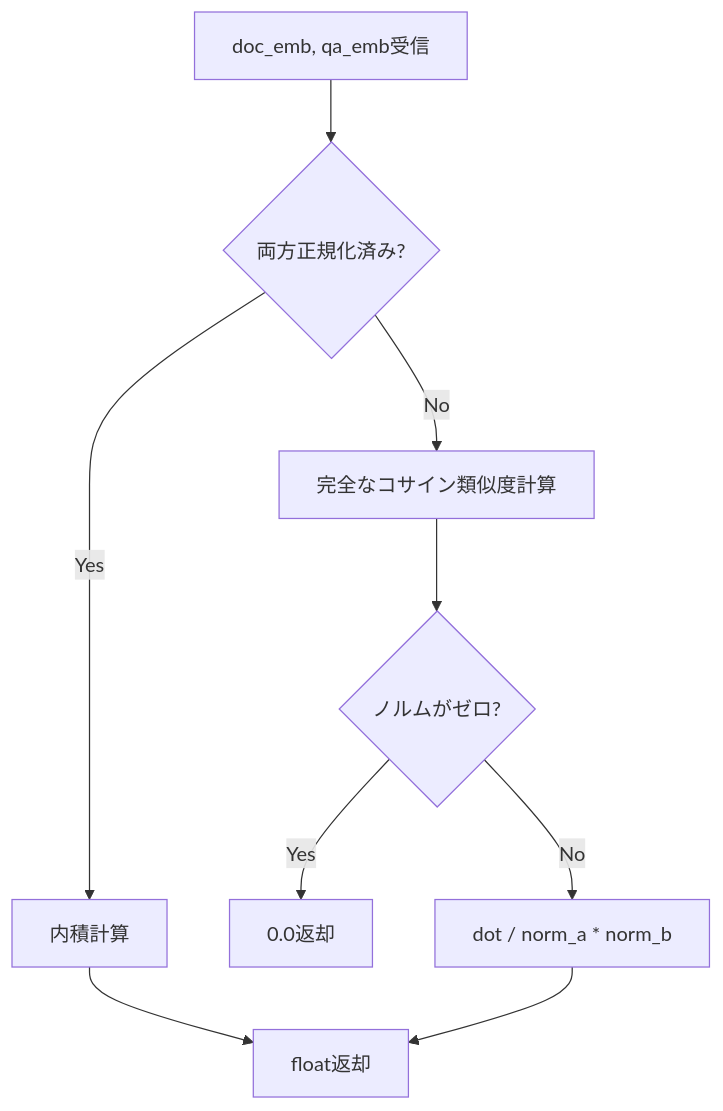
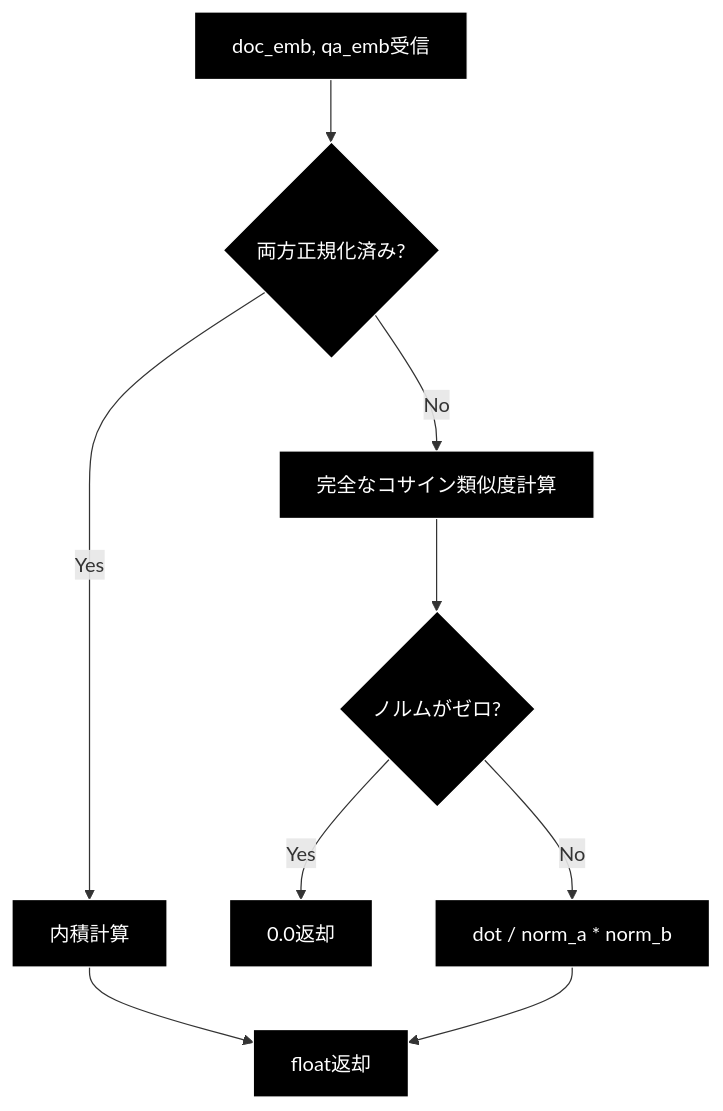
The eighth of 9 diagrams in qa_generation/doc/semantic.md (nakashima2toshio/ollama_grace_agent_v2), drawn with Mermaid before and after one commit. The commit also changed other lines of this file and 7 other files, not shown here.

````diff
--- a/qa_generation/doc/semantic.md
+++ b/qa_generation/doc/semantic.md
@@ -364,11 +392,14 @@
 ```mermaid
 flowchart TD
     A[doc_emb, qa_emb受信] --> B{両方正規化済み?}
     B -->|Yes| C[内積計算]
     B -->|No| D[完全なコサイン類似度計算]
     C --> E[float返却]
     D --> F{ノルムがゼロ?}
     F -->|Yes| G[0.0返却]
-    F -->|No| H[dot / norm_a * norm_b]
+    F -->|No| H["dot / norm_a * norm_b"]
     H --> E
+classDef default fill:#000,stroke:#fff,color:#fff
+classDef subgraphStyle fill:#1a1a1a,stroke:#fff,color:#fff
+class A,B,C,D,E,F,G,H default
 ```
````
